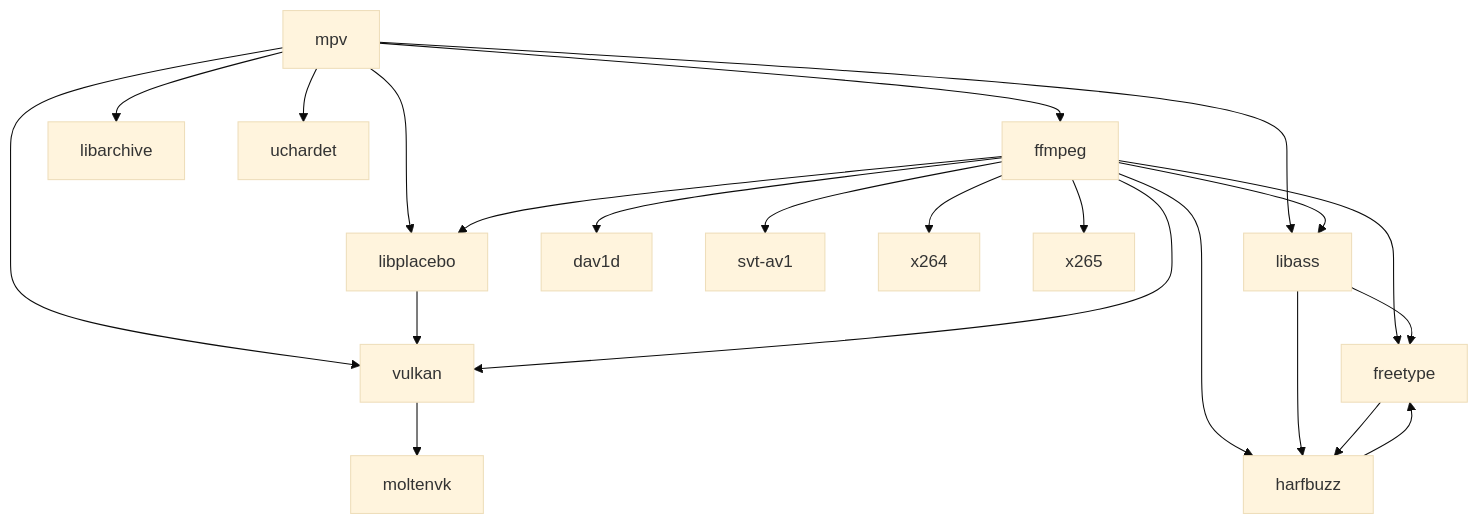
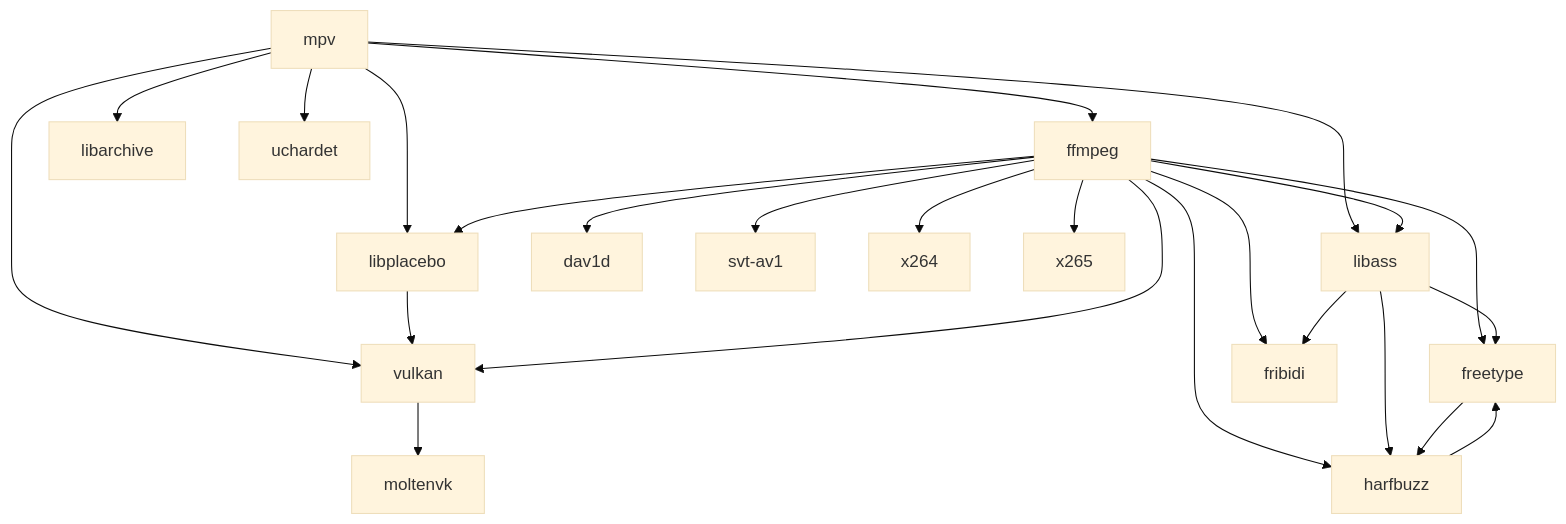
Before and after one commit to m154k1/mpv-build-macOS: the diagram in README.md, drawn with Mermaid (base theme). The commit also changed other lines of this file and 2 other files, not shown here.

Commit message:
scripts: add build-fribidi

````diff
--- a/README.md
+++ b/README.md
@@ -164,24 +171,26 @@
 ```mermaid
 graph TD;
    mpv-->ffmpeg;
    mpv-->libplacebo;
    mpv-->vulkan;
    mpv-->libass;
    mpv-->libarchive;
    mpv-->uchardet;
    libplacebo-->vulkan;
    vulkan-->moltenvk;
    ffmpeg-->libplacebo;
    ffmpeg-->vulkan;
    ffmpeg-->dav1d;
    ffmpeg-->svt-av1;
    ffmpeg-->x264;
    ffmpeg-->x265;
    ffmpeg-->libass;
    ffmpeg-->freetype;
    ffmpeg-->harfbuzz;
+   ffmpeg-->fribidi;
    libass-->freetype;
    libass-->harfbuzz;
+   libass-->fribidi;
    freetype-->harfbuzz;
    harfbuzz-->freetype;
 ```
````
